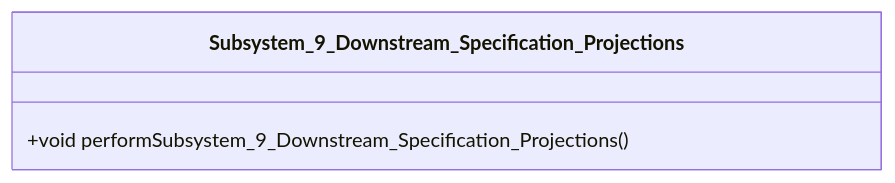
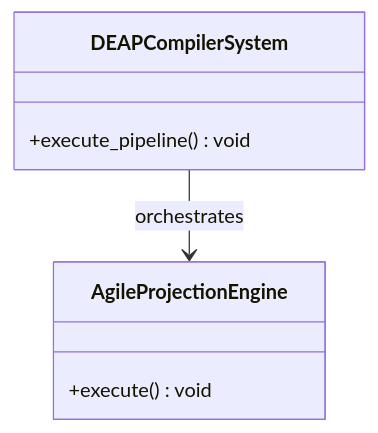
The first of 2 diagrams in docs/epics/EPIC-11-Subsystem_9_Downstream_Specification_Projections.md (gintatkinson/dumpiler-01), drawn with Mermaid before and after one commit. The commit also changed other lines of this file and 90 other files, not shown here.

````diff
--- a/docs/epics/EPIC-11-Subsystem_9_Downstream_Specification_Projections.md
+++ b/docs/epics/EPIC-11-Subsystem_9_Downstream_Specification_Projections.md
@@ -30,6 +53,10 @@
 ```mermaid
 classDiagram
-    class Subsystem_9_Downstream_Specification_Projections {
-        +void performSubsystem_9_Downstream_Specification_Projections()
+    class DEAPCompilerSystem {
+        +execute_pipeline() void
     }
+    class AgileProjectionEngine {
+        +execute() void
+    }
+    DEAPCompilerSystem --> AgileProjectionEngine : orchestrates
 ```
````
